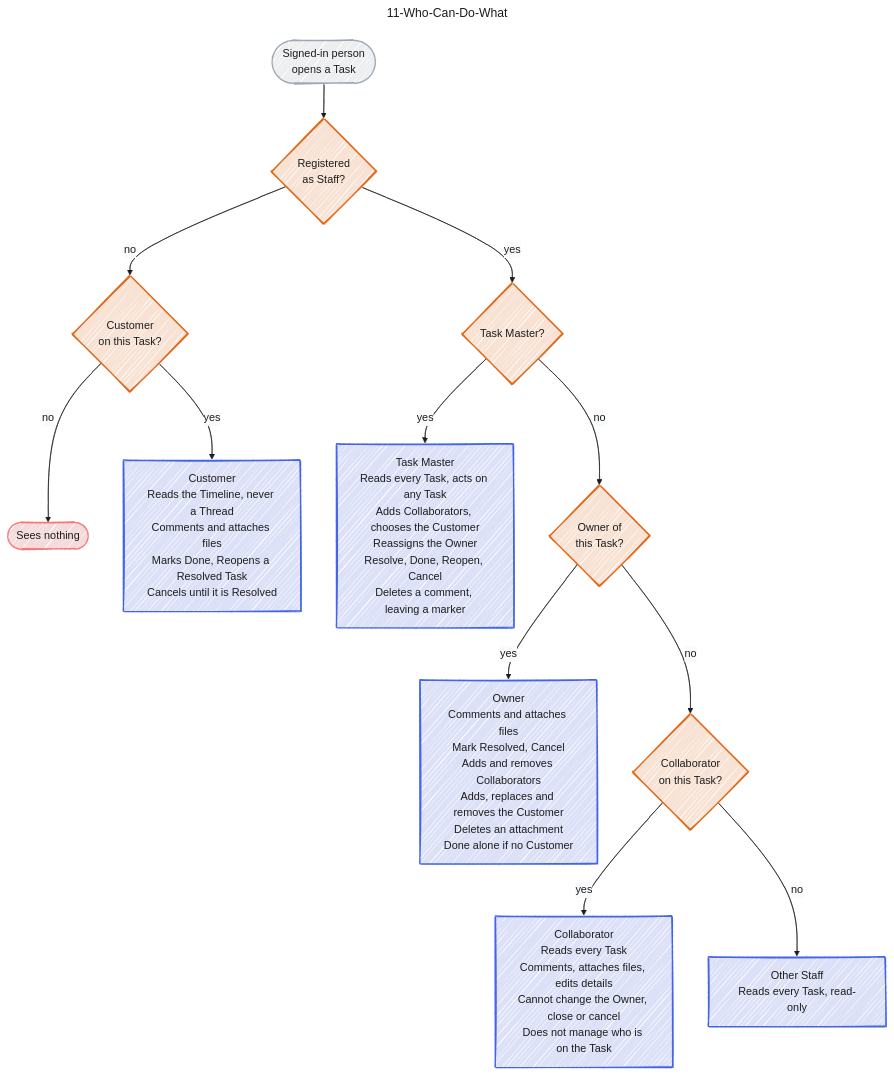
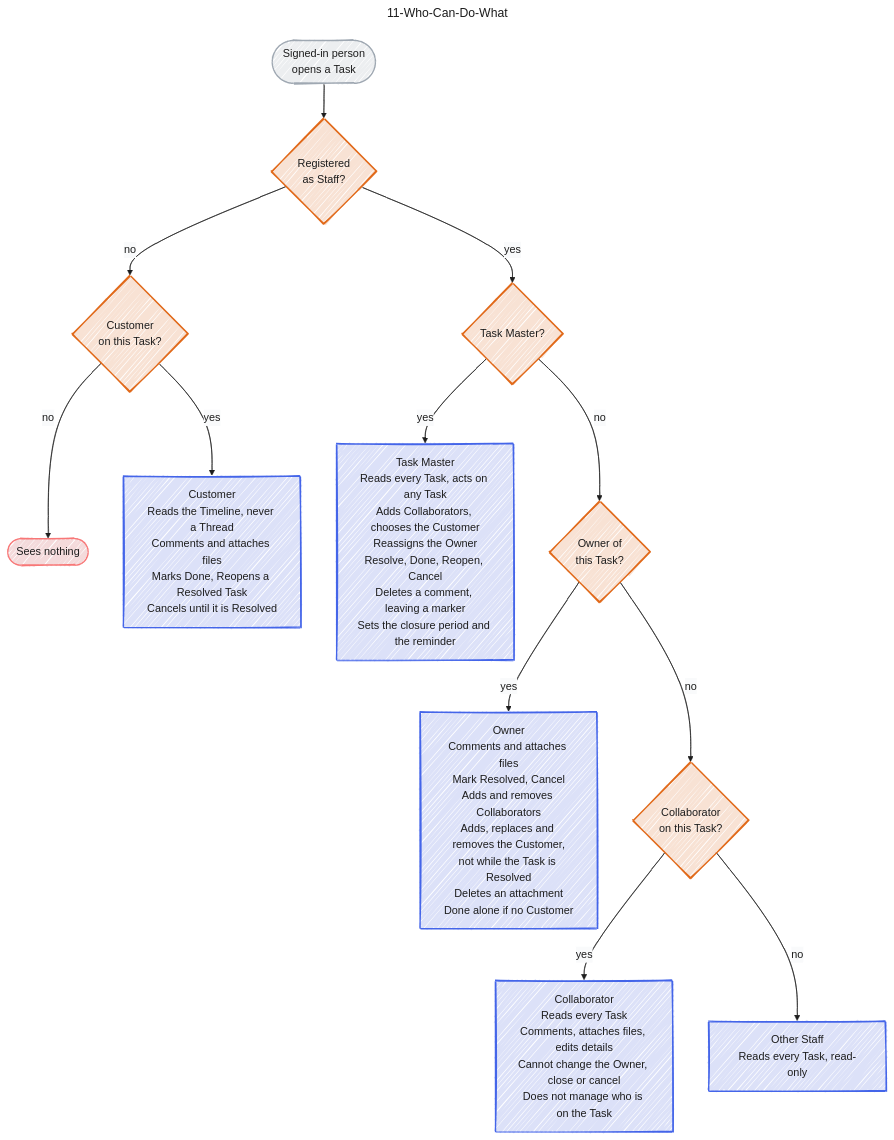
One commit to jedt3d/tasuku changed the diagram in docs/diagram/11-Who-Can-Do-What.md. Above: the diagram before and after it, drawn with Mermaid. The commit also changed 7 other files, not shown here.

Commit message:
docs: sync the diagrams with automatic closure (#11)

```diff
--- a/docs/diagram/11-Who-Can-Do-What.md
+++ b/docs/diagram/11-Who-Can-Do-What.md
@@ -84,9 +84,9 @@
   isCust -->|"no"| none(["Sees nothing"]):::lred
   isCust -->|"yes"| cust["Customer<br/>Reads the Timeline, never a Thread<br/>Comments and attaches files<br/>Marks Done, Reopens a Resolved Task<br/>Cancels until it is Resolved"]:::blue
   isStaff -->|"yes"| isMaster{"Task Master?"}:::orange
-  isMaster -->|"yes"| master["Task Master<br/>Reads every Task, acts on any Task<br/>Adds Collaborators, chooses the Customer<br/>Reassigns the Owner<br/>Resolve, Done, Reopen, Cancel<br/>Deletes a comment, leaving a marker"]:::blue
+  isMaster -->|"yes"| master["Task Master<br/>Reads every Task, acts on any Task<br/>Adds Collaborators, chooses the Customer<br/>Reassigns the Owner<br/>Resolve, Done, Reopen, Cancel<br/>Deletes a comment, leaving a marker<br/>Sets the closure period and the reminder"]:::blue
   isMaster -->|"no"| isOwner{"Owner of<br/>this Task?"}:::orange
-  isOwner -->|"yes"| owner["Owner<br/>Comments and attaches files<br/>Mark Resolved, Cancel<br/>Adds and removes Collaborators<br/>Adds, replaces and removes the Customer<br/>Deletes an attachment<br/>Done alone if no Customer"]:::blue
+  isOwner -->|"yes"| owner["Owner<br/>Comments and attaches files<br/>Mark Resolved, Cancel<br/>Adds and removes Collaborators<br/>Adds, replaces and removes the Customer,<br/>not while the Task is Resolved<br/>Deletes an attachment<br/>Done alone if no Customer"]:::blue
   isOwner -->|"no"| isCollab{"Collaborator<br/>on this Task?"}:::orange
   isCollab -->|"yes"| collab["Collaborator<br/>Reads every Task<br/>Comments, attaches files, edits details<br/>Cannot change the Owner, close or cancel<br/>Does not manage who is on the Task"]:::blue
   isCollab -->|"no"| reader["Other Staff<br/>Reads every Task, read-only"]:::blue
```
